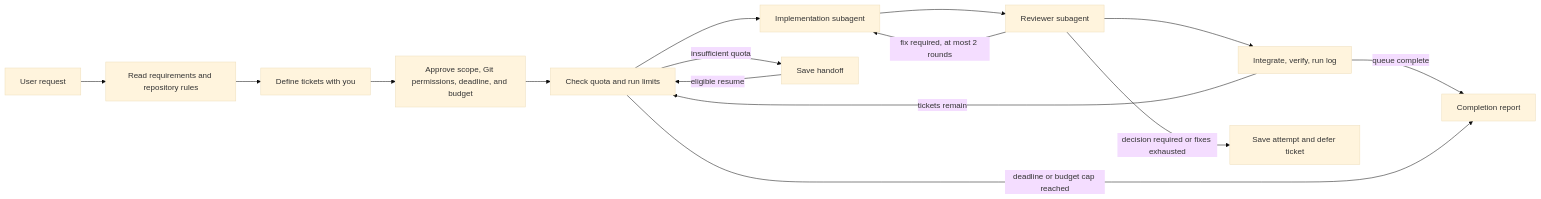
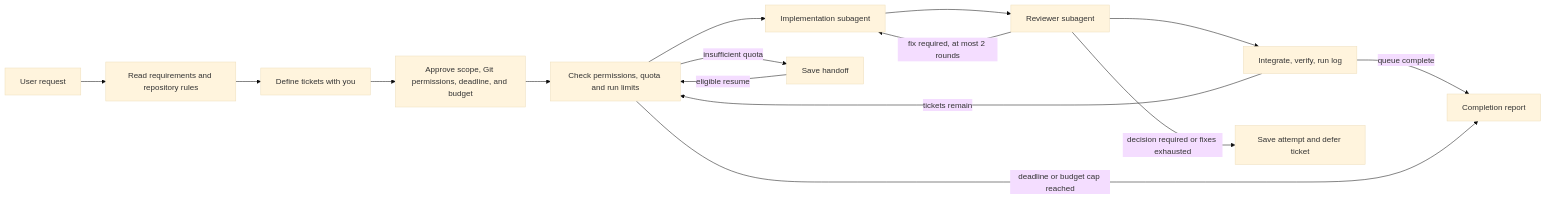
One commit to encryptedarc/robusta changed the second of 2 diagrams in README.md. Above: the diagram before and after it, drawn with Mermaid (base theme). The commit also changed other lines of this file and 10 other files, not shown here.

````diff
--- a/README.md
+++ b/README.md
@@ -120,17 +139,17 @@
 ```mermaid
 flowchart LR
     U[User request] --> I[Read requirements and repository rules]
     I --> P[Define tickets with you]
     P --> C[Approve scope, Git permissions, deadline, and budget]
-    C --> G[Check quota and run limits]
+    C --> G[Check permissions, quota and run limits]
     G --> M[Implementation subagent]
     M --> R[Reviewer subagent]
     R --> X[Integrate, verify, run log]
     X -->|tickets remain| G
     X -->|queue complete| O[Completion report]
     R -->|fix required, at most 2 rounds| M
     R -->|decision required or fixes exhausted| K[Save attempt and defer ticket]
     G -->|insufficient quota| H[Save handoff]
     H -->|eligible resume| G
     G -->|deadline or budget cap reached| O
 ```
````
